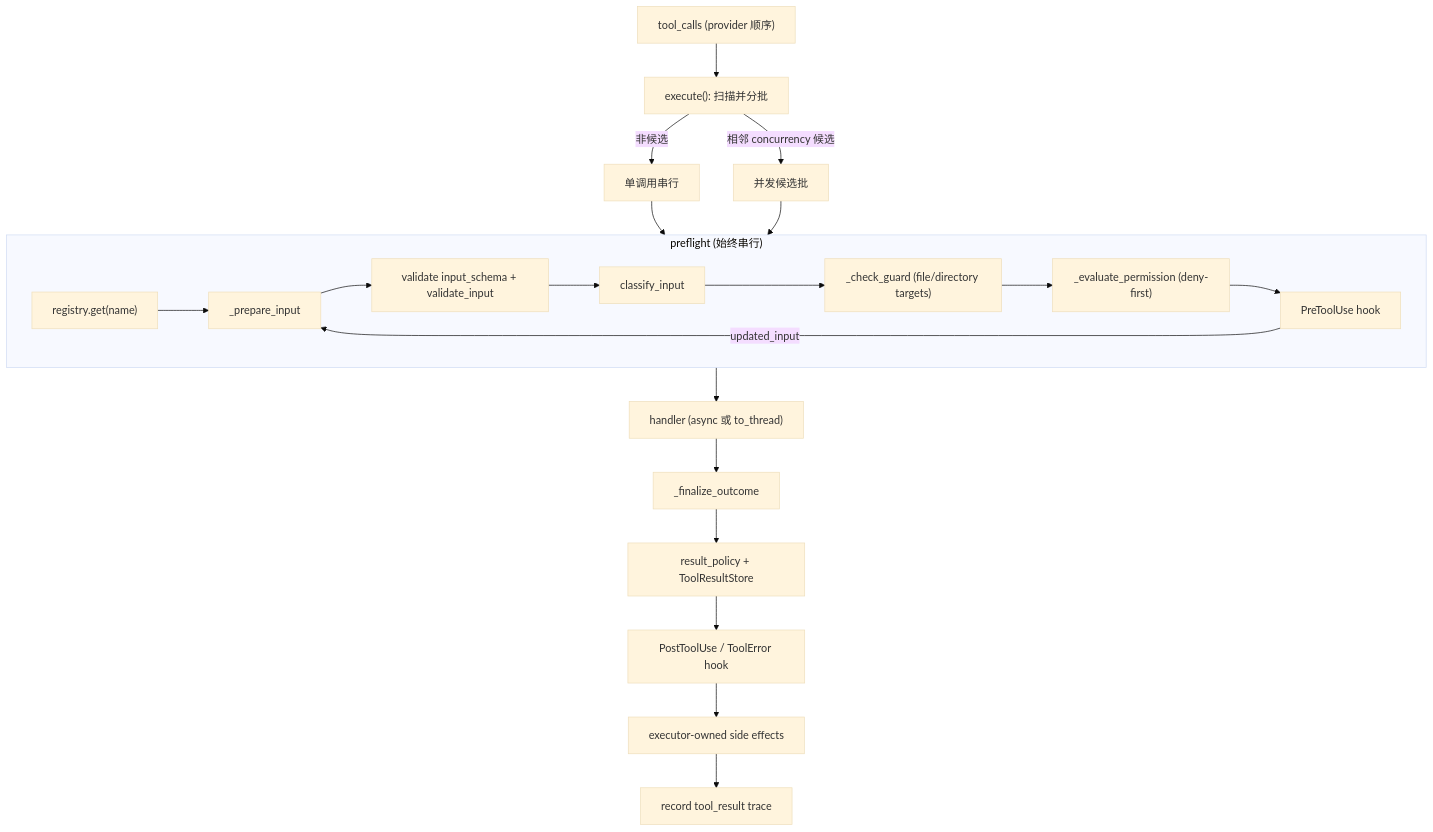
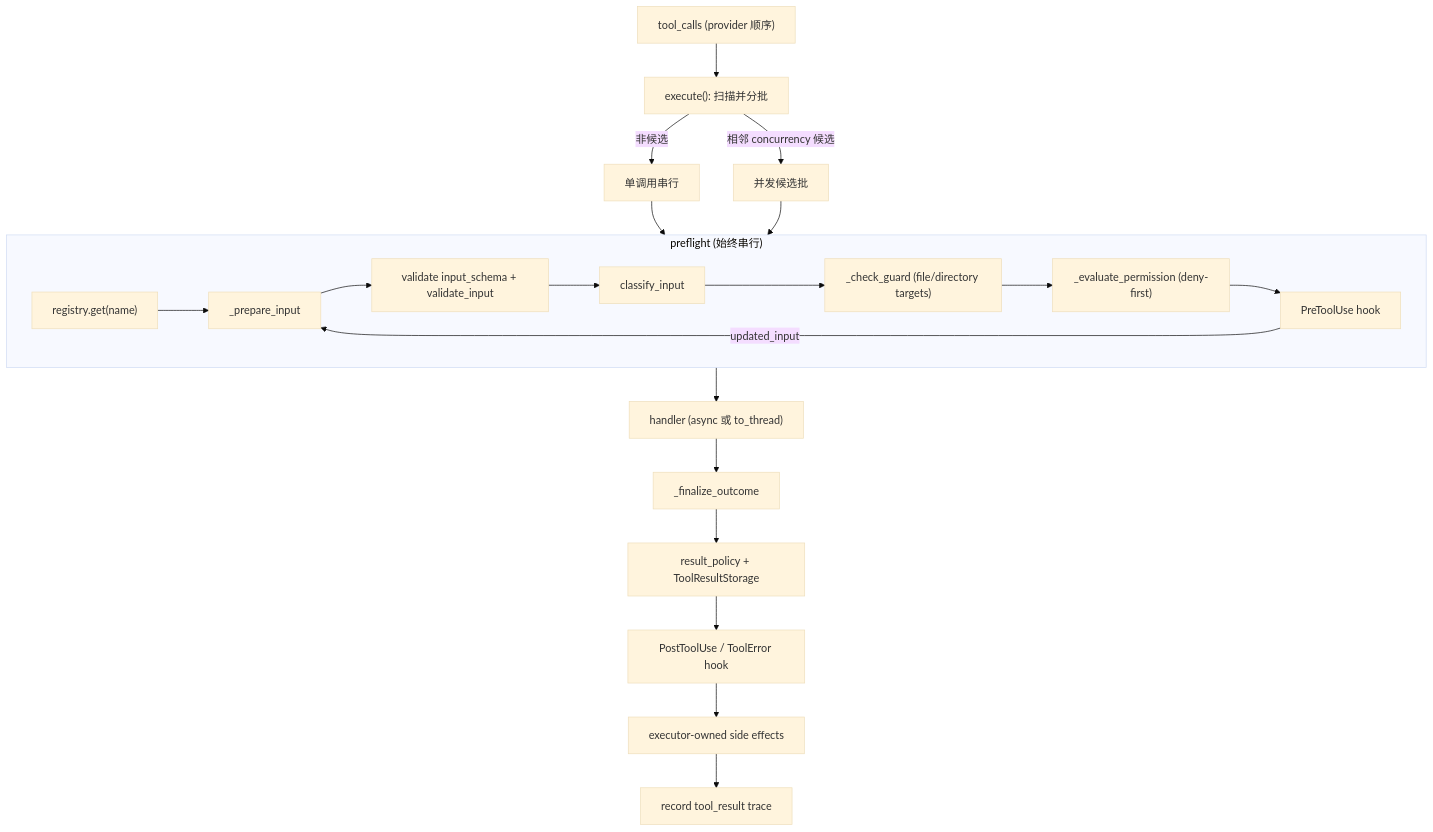
One commit to EtherealStar/OneCode changed the diagram in docs/design-docs/tool-runtime-architecture.md. Above: the diagram before and after it, drawn with Mermaid (base theme). The commit also changed other lines of this file and 17 other files, not shown here.

Commit message:
refactor(storage):Unify tool result storage

````diff
--- a/docs/design-docs/tool-runtime-architecture.md
+++ b/docs/design-docs/tool-runtime-architecture.md
@@ -47,25 +47,25 @@
 ```mermaid
 flowchart TD
   Calls["tool_calls (provider 顺序)"] --> Batch["execute(): 扫描并分批"]
   Batch -->|相邻 concurrency 候选| CBatch["并发候选批"]
   Batch -->|非候选| Serial["单调用串行"]
 
   subgraph Pre["preflight (始终串行)"]
     Lookup["registry.get(name)"] --> Prepare["_prepare_input"]
     Prepare --> Validate["validate input_schema + validate_input"]
     Validate --> Classify["classify_input"]
     Classify --> Guard["_check_guard (file/directory targets)"]
     Guard --> Perm["_evaluate_permission (deny-first)"]
     Perm --> Hook["PreToolUse hook"]
     Hook -->|updated_input| Prepare
   end
 
   Serial --> Pre
   CBatch --> Pre
   Pre --> Run["handler (async 或 to_thread)"]
   Run --> Finalize["_finalize_outcome"]
-  Finalize --> Result["result_policy + ToolResultStore"]
+  Finalize --> Result["result_policy + ToolResultStorage"]
   Result --> Post["PostToolUse / ToolError hook"]
   Post --> Side["executor-owned side effects"]
   Side --> Trace["record tool_result trace"]
 ```
````
